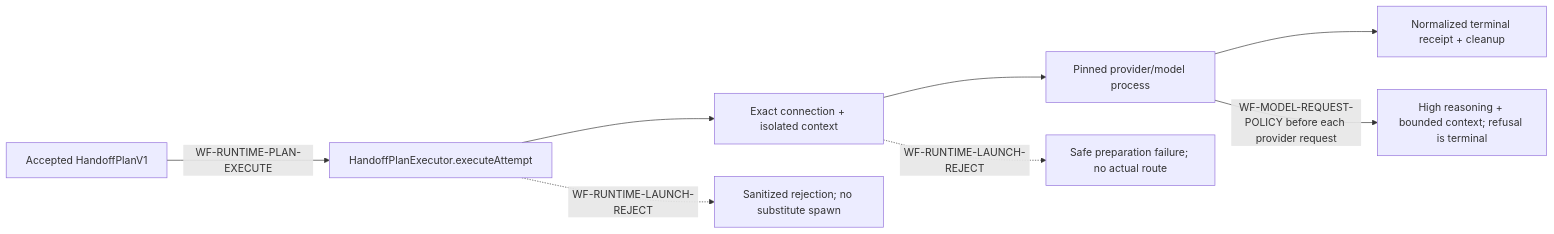
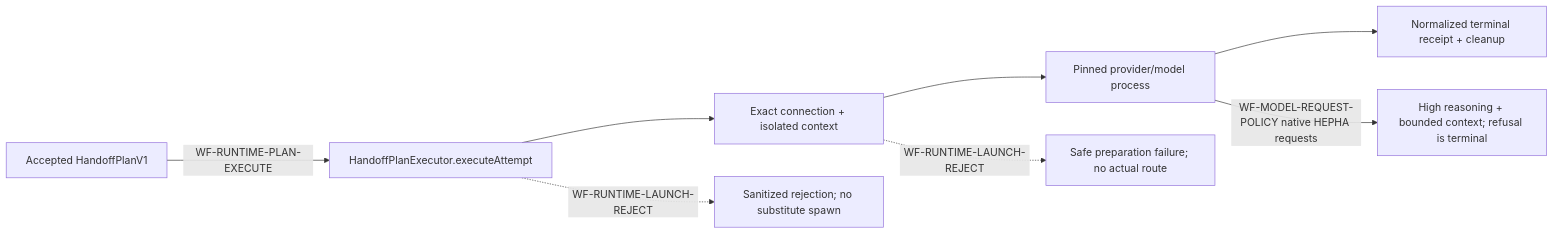
One commit to aboimpinto/AgenticDevelopmentProcess changed the ninth of 23 diagrams in docs/architecture/workflow-control-flow-map.md. Above: the diagram before and after it, drawn with Mermaid. The commit also changed other lines of this file and 14 other files, not shown here.

````diff
--- a/docs/architecture/workflow-control-flow-map.md
+++ b/docs/architecture/workflow-control-flow-map.md
@@ -1355,10 +1352,10 @@
 ```mermaid
 flowchart LR
   Plan["Accepted HandoffPlanV1"] -->|"WF-RUNTIME-PLAN-EXECUTE"| Guard["HandoffPlanExecutor.executeAttempt"]
   Guard --> Prepare["Exact connection + isolated context"]
   Prepare --> Spawn["Pinned provider/model process"]
   Spawn --> Receipt["Normalized terminal receipt + cleanup"]
-  Spawn -->|"WF-MODEL-REQUEST-POLICY before each provider request"| Budget["High reasoning + bounded context; refusal is terminal"]
+  Spawn -->|"WF-MODEL-REQUEST-POLICY native HEPHA requests"| Budget["High reasoning + bounded context; refusal is terminal"]
   Guard -.->|"WF-RUNTIME-LAUNCH-REJECT"| Reject["Sanitized rejection; no substitute spawn"]
   Prepare -.->|"WF-RUNTIME-LAUNCH-REJECT"| Failed["Safe preparation failure; no actual route"]
 ```
````
